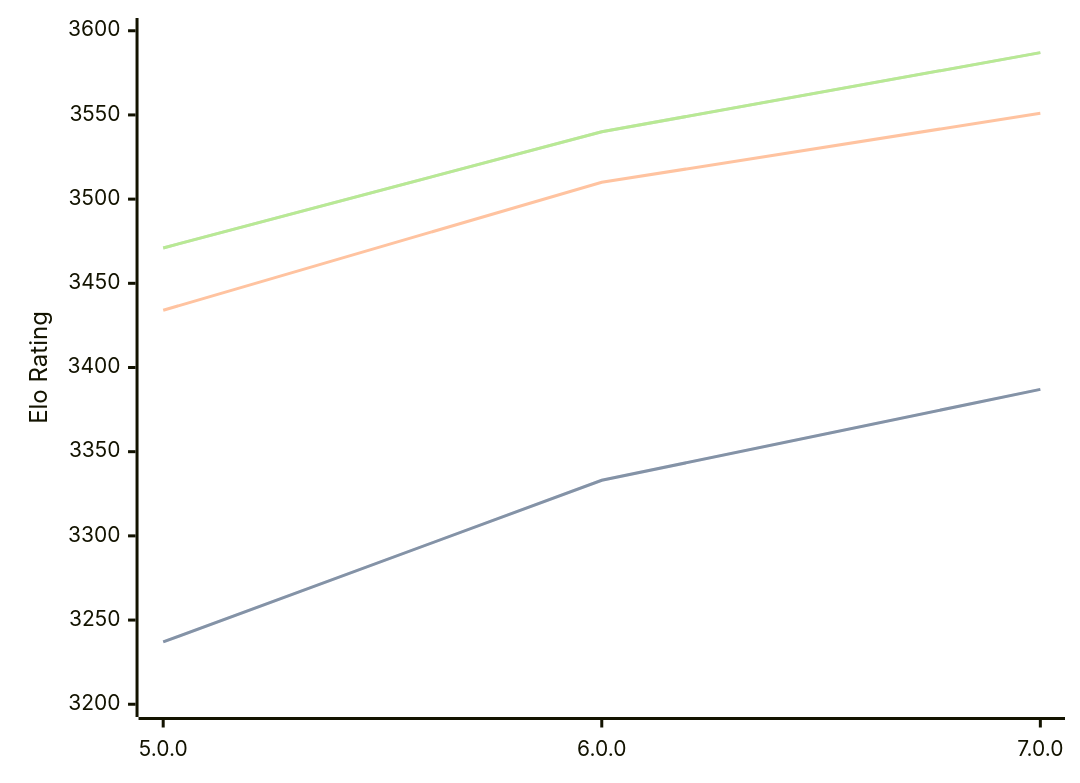
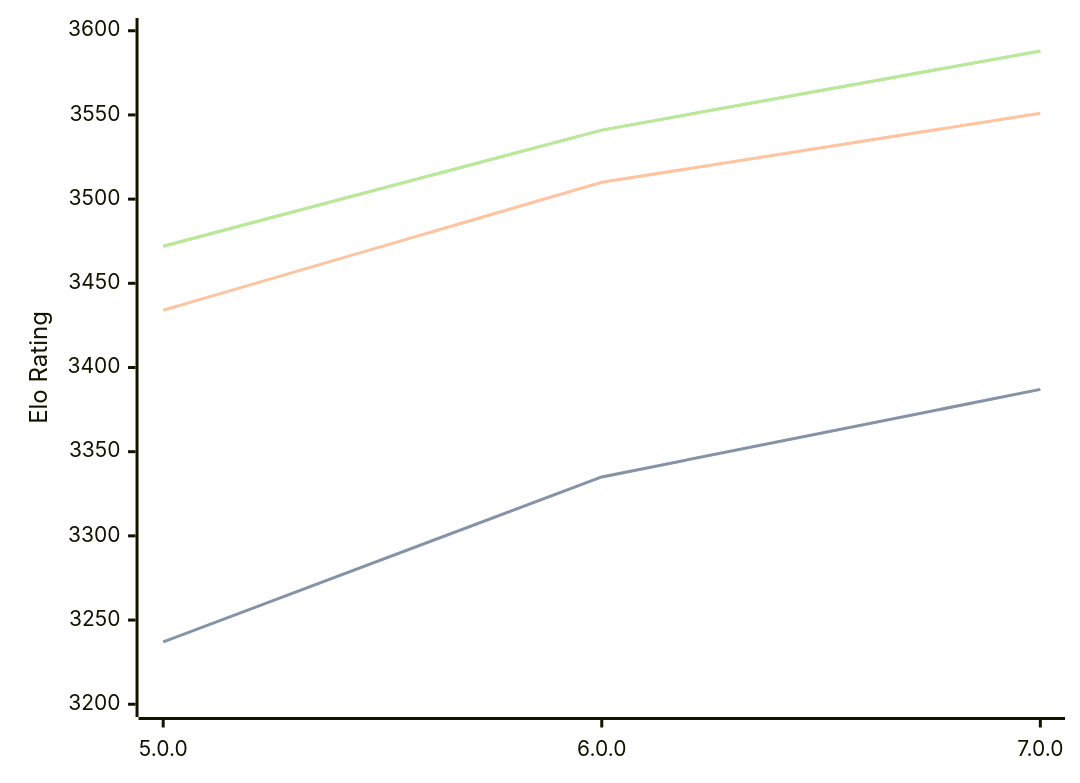
The diagram in engines/Stormphrax.md (computer-chess-index/cci), drawn with Mermaid before and after one commit. The commit also changed other lines of this file, not shown here.

Commit message:
Update CCI Ratings (ELO VLTC) - 2026-04-27

````diff
--- a/engines/Stormphrax.md
+++ b/engines/Stormphrax.md
@@ -38,11 +38,11 @@
 ```mermaid
 %%{init: {"theme":"base","themeVariables":{"seriesColors:['#a3a3a3','#222221','#faa371']}}}%%
 xychart-beta
   x-axis ["5.0.0", "6.0.0", "7.0.0"]
   y-axis "Elo Rating" 3200 --> 3600
-  line "STC (8.0+0.08s)" [3237, 3333, 3387]
-  line "STC (8.0+0.08s)" [3237, 3333, 3387]
+  line "STC (8.0+0.08s)" [3237, 3335, 3387]
+  line "STC (8.0+0.08s)" [3237, 3335, 3387]
   line "LTC (60.0+0.60s)" [3434, 3510, 3551]
-  line "VLTC (2m24s+1.12s)" [3471, 3540, 3587]
-  line "VLTC (2m24s+1.12s)" [3471, 3540, 3587]
+  line "VLTC (2m24s+1.12s)" [3472, 3541, 3588]
+  line "VLTC (2m24s+1.12s)" [3472, 3541, 3588]
 ```
````
